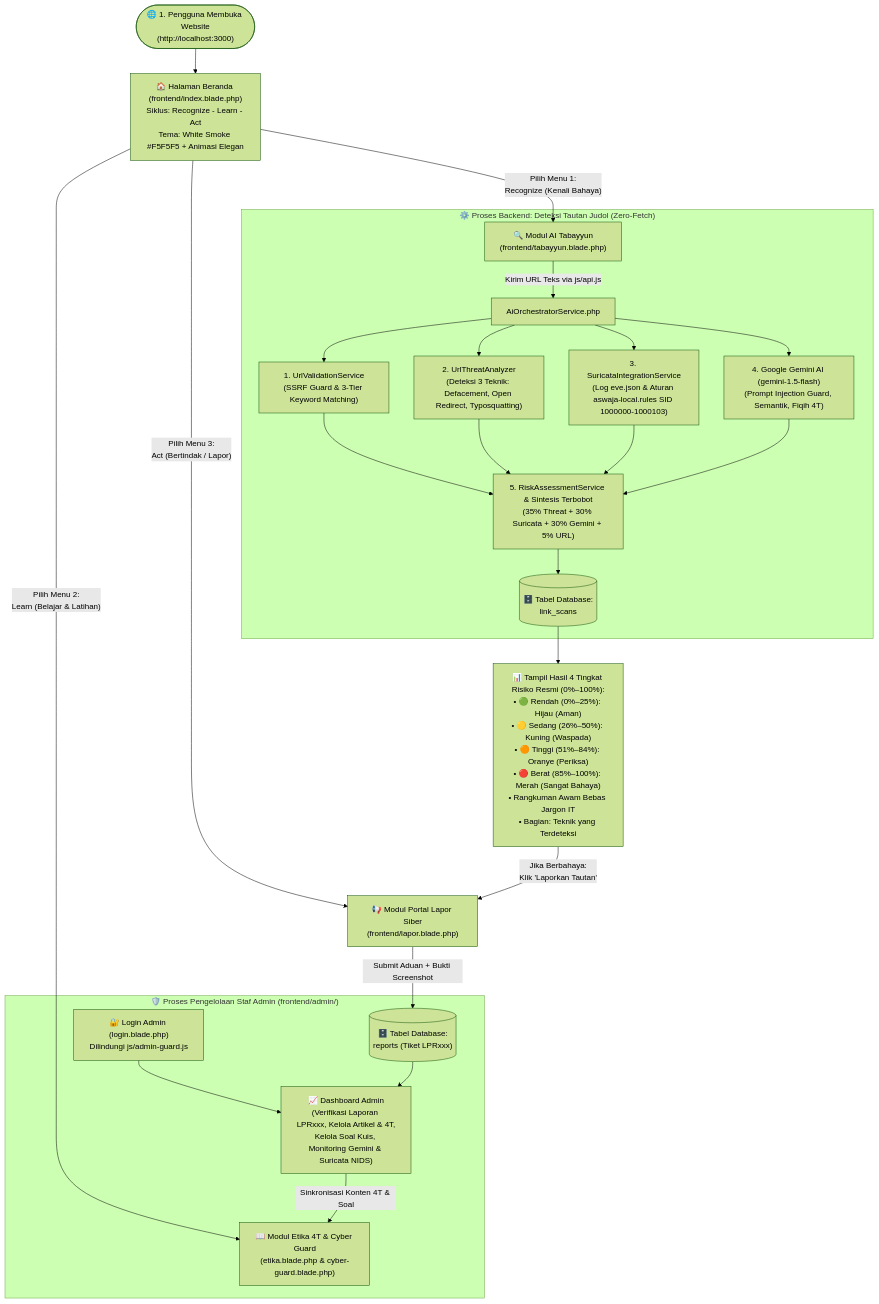
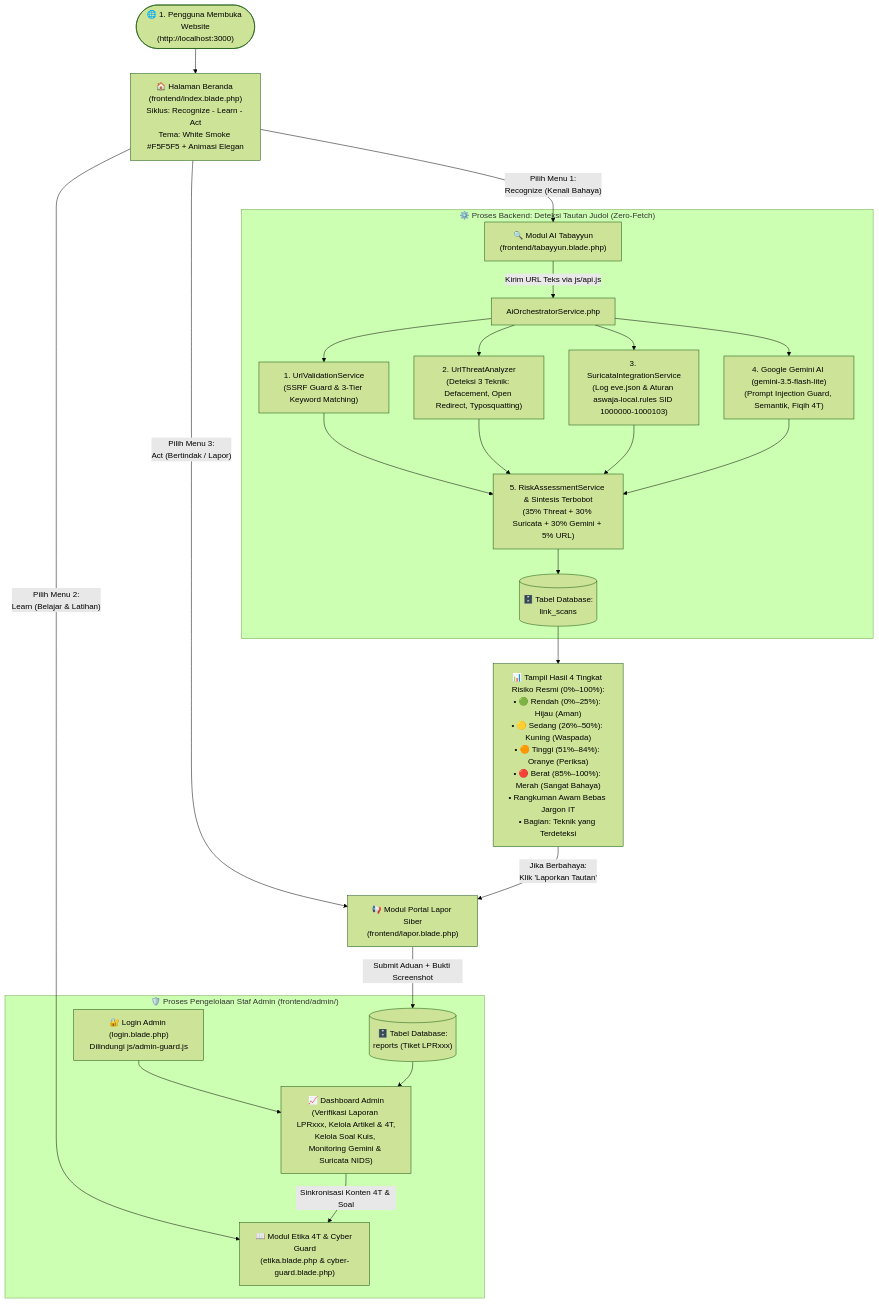
Before and after one commit to makecoding2110-beep/aswaja_cybershield: the diagram in SISTEM_KERJA_WEB.md, drawn with Mermaid (forest theme). The commit also changed other lines of this file and 8 other files, not shown here.

Commit message:
fix(docs): synchronize Gemini AI model version to gemini-3.5-flash-lite across all documentation and codebase

````diff
--- a/SISTEM_KERJA_WEB.md
+++ b/SISTEM_KERJA_WEB.md
@@ -10,32 +10,32 @@
 ```mermaid
 flowchart TD
     Start(["🌐 1. Pengguna Membuka Website\n(http://localhost:3000)"]) --> Landing["🏠 Halaman Beranda (frontend/index.blade.php)\nSiklus: Recognize - Learn - Act\nTema: White Smoke #F5F5F5 + Animasi Elegan"]
 
     Landing -->|"Pilih Menu 1:\nRecognize (Kenali Bahaya)"| Tabayyun["🔍 Modul AI Tabayyun\n(frontend/tabayyun.blade.php)"]
     Landing -->|"Pilih Menu 2:\nLearn (Belajar & Latihan)"| Learn["📖 Modul Etika 4T & Cyber Guard\n(etika.blade.php & cyber-guard.blade.php)"]
     Landing -->|"Pilih Menu 3:\nAct (Bertindak / Lapor)"| Lapor["📢 Modul Portal Lapor Siber\n(frontend/lapor.blade.php)"]
 
     subgraph MesinDeteksi["⚙️ Proses Backend: Deteksi Tautan Judol (Zero-Fetch)"]
         Tabayyun -->|"Kirim URL Teks via js/api.js"| Orch["AiOrchestratorService.php"]
         Orch --> Step1["1. UrlValidationService\n(SSRF Guard & 3-Tier Keyword Matching)"]
         Orch --> Step2["2. UrlThreatAnalyzer\n(Deteksi 3 Teknik: Defacement, Open Redirect, Typosquatting)"]
         Orch --> Step3["3. SuricataIntegrationService\n(Log eve.json & Aturan aswaja-local.rules SID 1000000-1000103)"]
-        Orch --> Step4["4. Google Gemini AI (gemini-1.5-flash)\n(Prompt Injection Guard, Semantik, Fiqih 4T)"]
+        Orch --> Step4["4. Google Gemini AI (gemini-3.5-flash-lite)\n(Prompt Injection Guard, Semantik, Fiqih 4T)"]
         Step1 --> Step5["5. RiskAssessmentService & Sintesis Terbobot\n(35% Threat + 30% Suricata + 30% Gemini + 5% URL)"]
         Step2 --> Step5
         Step3 --> Step5
         Step4 --> Step5
         Step5 --> DBScan[("🗄️ Tabel Database:\nlink_scans")]
     end
 
     DBScan --> HasilUI["📊 Tampil Hasil 4 Tingkat Risiko Resmi (0%–100%):\n• 🟢 Rendah (0%–25%): Hijau (Aman)\n• 🟡 Sedang (26%–50%): Kuning (Waspada)\n• 🟠 Tinggi (51%–84%): Oranye (Periksa)\n• 🔴 Berat (85%–100%): Merah (Sangat Bahaya)\n• Rangkuman Awam Bebas Jargon IT\n• Bagian: Teknik yang Terdeteksi"]
     HasilUI -->|"Jika Berbahaya:\nKlik 'Laporkan Tautan'"| Lapor
 
     Lapor -->|"Submit Aduan + Bukti Screenshot"| DBReport[("🗄️ Tabel Database:\nreports (Tiket LPRxxx)")]
 
     subgraph PanelAdmin["🛡️ Proses Pengelolaan Staf Admin (frontend/admin/)"]
         AdminLogin["🔐 Login Admin (login.blade.php)\nDilindungi js/admin-guard.js"] --> AdminDash["📈 Dashboard Admin\n(Verifikasi Laporan LPRxxx, Kelola Artikel & 4T,\nKelola Soal Kuis, Monitoring Gemini & Suricata NIDS)"]
         DBReport --> AdminDash
         AdminDash -->|"Sinkronisasi Konten 4T & Soal"| Learn
     end
 ```
````
